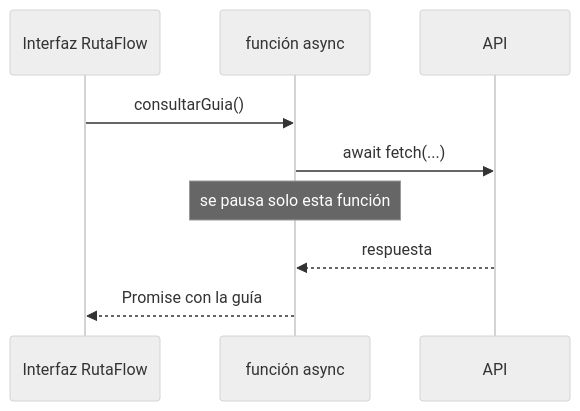
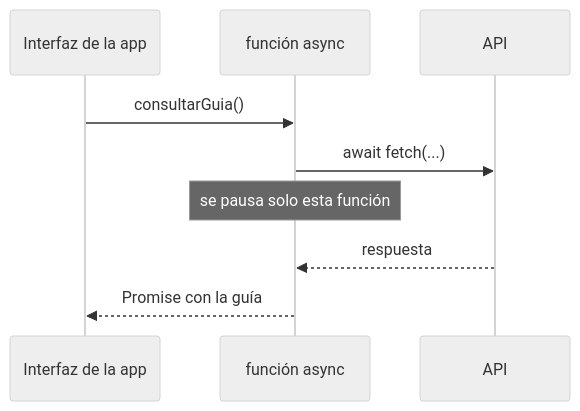
One commit to NICORUIZ93/Academia_Floci changed the diagram in web/public/content/javascript/modulo-6.md. Above: the diagram before and after it, drawn with Mermaid (neutral theme). The commit also changed other lines of this file and 14 other files, not shown here.

First line of the commit message:
JavaScript: complete RutaFlow purge (0-14)

````diff
--- a/web/public/content/javascript/modulo-6.md
+++ b/web/public/content/javascript/modulo-6.md
@@ -36,11 +36,11 @@
 ```mermaid
 sequenceDiagram
-    participant UI as Interfaz RutaFlow
+    participant UI as Interfaz de la app
     participant F as función async
     participant API as API
     UI->>F: consultarGuia()
     F->>API: await fetch(...)
     Note over F: se pausa solo esta función
     API-->>F: respuesta
     F-->>UI: Promise con la guía
 ```
````
